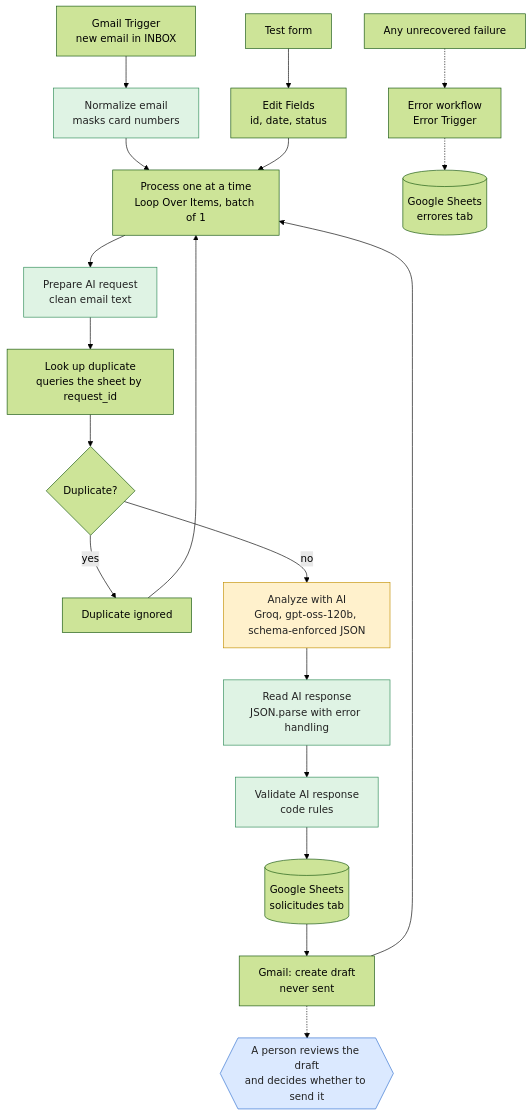
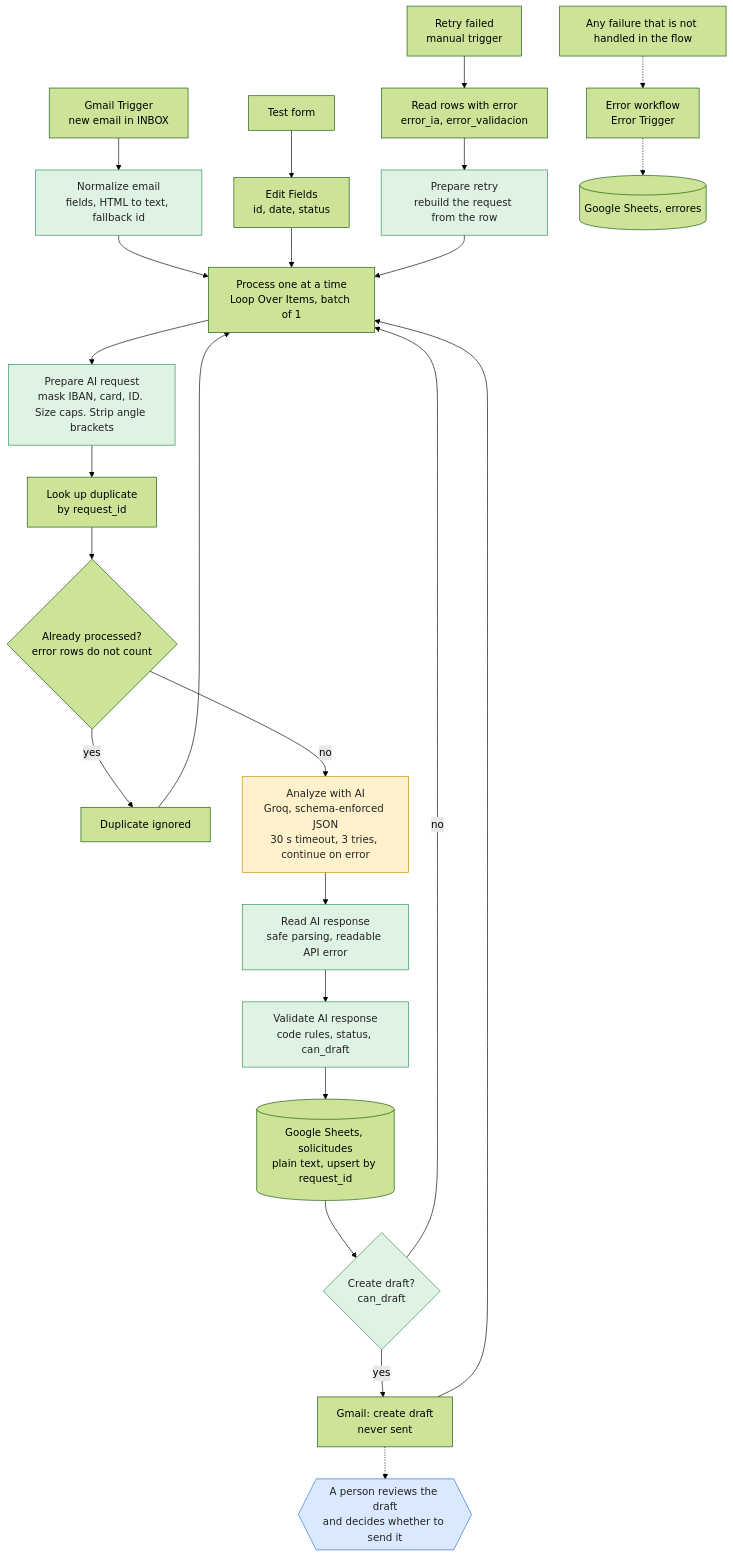
One commit to lararaul439-ctrl/leadflow-ai changed the diagram in README.md. Above: the diagram before and after it, drawn with Mermaid (forest theme). The commit also changed other lines of this file and 27 other files, not shown here.

````diff
--- a/README.md
+++ b/README.md
@@ -26,29 +26,36 @@
 ```mermaid
 flowchart TB
-    GT["Gmail Trigger<br/>new email in INBOX"] --> NC["Normalize email<br/>masks card numbers"]
+    GT["Gmail Trigger<br/>new email in INBOX"] --> NC["Normalize email<br/>fields, HTML to text, fallback id"]
     FM["Test form"] --> EF["Edit Fields<br/>id, date, status"]
-    NC --> BU["Process one at a time<br/>Loop Over Items, batch of 1"]
+    RT["Retry failed<br/>manual trigger"] --> RD["Read rows with error<br/>error_ia, error_validacion"]
+    RD --> PR["Prepare retry<br/>rebuild the request from the row"]
+
+    NC --> BU
     EF --> BU
-    BU --> PP["Prepare AI request<br/>clean email text"]
-    PP --> BD["Look up duplicate<br/>queries the sheet by request_id"]
-    BD --> DUP{"Duplicate?"}
+    PR --> BU
+
+    BU["Process one at a time<br/>Loop Over Items, batch of 1"] --> PP["Prepare AI request<br/>mask IBAN, card, ID. Size caps. Strip angle brackets"]
+    PP --> BD["Look up duplicate<br/>by request_id"]
+    BD --> DUP{"Already processed?<br/>error rows do not count"}
     DUP -- "yes" --> IG["Duplicate ignored"]
     IG --> BU
-    DUP -- "no" --> IA["Analyze with AI<br/>Groq, gpt-oss-120b, schema-enforced JSON"]
-    IA --> LR["Read AI response<br/>JSON.parse with error handling"]
-    LR --> VR["Validate AI response<br/>code rules"]
-    VR --> SH[("Google Sheets<br/>solicitudes tab")]
-    SH --> BR["Gmail: create draft<br/>never sent"]
+    DUP -- "no" --> IA["Analyze with AI<br/>Groq, schema-enforced JSON<br/>30 s timeout, 3 tries, continue on error"]
+    IA --> LR["Read AI response<br/>safe parsing, readable API error"]
+    LR --> VR["Validate AI response<br/>code rules, status, can_draft"]
+    VR --> SH[("Google Sheets, solicitudes<br/>plain text, upsert by request_id")]
+    SH --> GATE{"Create draft?<br/>can_draft"}
+    GATE -- "yes" --> BR["Gmail: create draft<br/>never sent"]
+    GATE -- "no" --> BU
     BR --> BU
     BR -.-> HUM{{"A person reviews the draft<br/>and decides whether to send it"}}
 
-    FALLO["Any unrecovered failure"] -.-> ER["Error workflow<br/>Error Trigger"]
-    ER -.-> SE[("Google Sheets<br/>errores tab")]
+    FALLO["Any failure that is not handled in the flow"] -.-> ER["Error workflow<br/>Error Trigger"]
+    ER -.-> SE[("Google Sheets, errores")]
 
     classDef ia fill:#fff1cc,stroke:#c28f00,color:#222
     classDef codigo fill:#dff3e4,stroke:#2e8b57,color:#222
     classDef humano fill:#dbe9ff,stroke:#2f6fd0,color:#222
     class IA ia
-    class NC,PP,LR,VR codigo
+    class NC,PP,LR,VR,PR,GATE codigo
     class HUM humano
 ```
````
